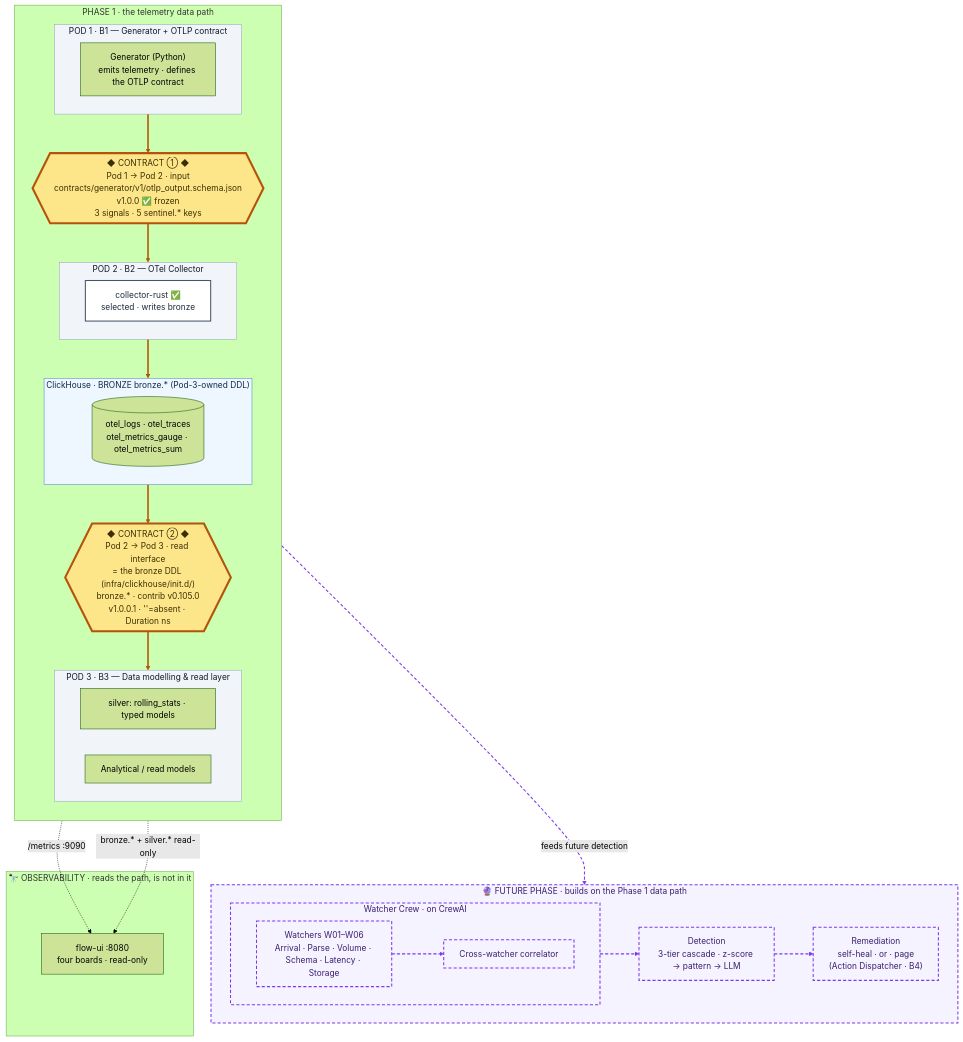
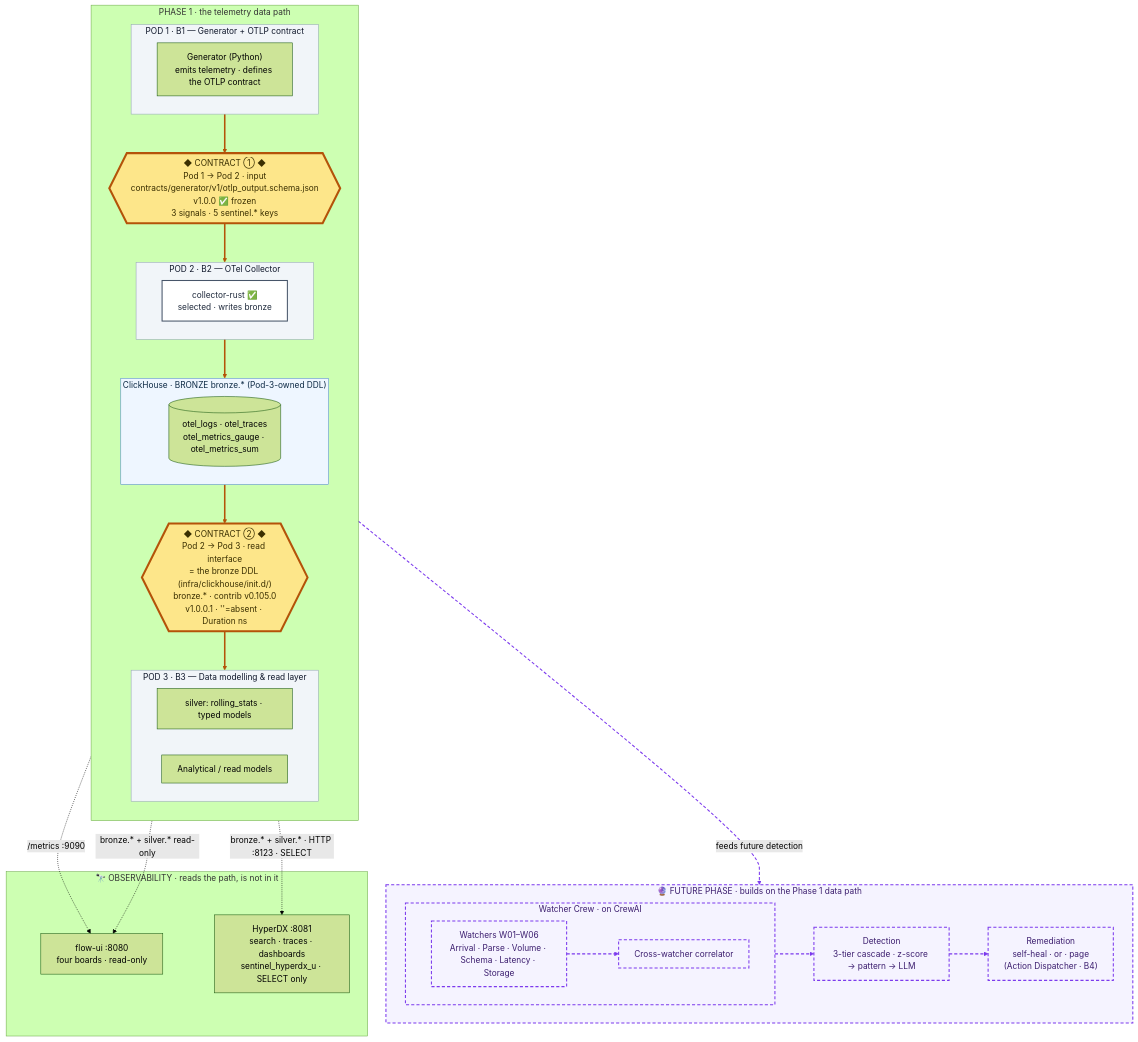
The diagram in README.md (luanmorenommaciel/sentinel), drawn with Mermaid (forest theme) before and after one commit. The commit also changed other lines of this file and 12 other files, not shown here.

First line of the commit message:
feat(hyperdx): add HyperDX as a read-layer UI wired directly to ClickHouse

````diff
--- a/README.md
+++ b/README.md
@@ -14,64 +14,66 @@
 ```mermaid
 flowchart TB
     subgraph PHASE1["PHASE 1 · the telemetry data path"]
         direction TB
         subgraph POD1["POD 1 · B1 — Generator + OTLP contract"]
             GEN["Generator (Python)<br/>emits telemetry · defines the OTLP contract"]
         end
 
         C1{{"◆ CONTRACT ① ◆<br/>Pod 1 → Pod 2 · input<br/>contracts/generator/v1/otlp_output.schema.json<br/>v1.0.0 ✅ frozen<br/>3 signals · 5 sentinel.* keys"}}
 
         subgraph POD2["POD 2 · B2 — OTel Collector"]
             CRUST["collector-rust ✅<br/>selected · writes bronze"]
         end
 
         subgraph STORE["ClickHouse · BRONZE bronze.* (Pod-3-owned DDL)"]
             direction LR
             RAW[("otel_logs · otel_traces<br/>otel_metrics_gauge · otel_metrics_sum")]
         end
 
         C2{{"◆ CONTRACT ② ◆<br/>Pod 2 → Pod 3 · read interface<br/>= the bronze DDL (infra/clickhouse/init.d/)<br/>bronze.* · contrib v0.105.0<br/>v1.0.0.1 · ''=absent · Duration ns"}}
 
         subgraph POD3["POD 3 · B3 — Data modelling & read layer"]
             direction LR
             SILVER["silver: rolling_stats · typed models"]
             DM["Analytical / read models"]
         end
 
         POD1 ==> C1 ==> POD2 ==> STORE ==> C2 ==> POD3
     end
 
     subgraph FUTURE["🔮 FUTURE PHASE · builds on the Phase 1 data path"]
         direction LR
         subgraph CREW["Watcher Crew · on CrewAI"]
             direction LR
             WATCH["Watchers W01–W06<br/>Arrival · Parse · Volume · Schema · Latency · Storage"]
             XCORR["Cross-watcher correlator"]
             WATCH --> XCORR
         end
         DETECT["Detection<br/>3-tier cascade · z-score → pattern → LLM"]
         REMED["Remediation<br/>self-heal · or · page<br/>(Action Dispatcher · B4)"]
         CREW --> DETECT --> REMED
     end
 
     POD3 -.->|"feeds future detection"| FUTURE
 
     subgraph OBS["🔭 OBSERVABILITY · reads the path, is not in it"]
         FLOW["flow-ui :8080<br/>four boards · read-only"]
+        HDX["HyperDX :8081<br/>search · traces · dashboards<br/>sentinel_hyperdx_u · SELECT only"]
     end
     POD2 -. "/metrics :9090" .-> FLOW
     STORE -. "bronze.* + silver.* read-only" .-> FLOW
+    STORE -. "bronze.* + silver.* · HTTP :8123 · SELECT" .-> HDX
 
     classDef contract fill:#fde68a,stroke:#b45309,stroke-width:4px,color:#3a2f00;
     classDef zone fill:#f1f5f9,stroke:#94a3b8,color:#0f172a;
     classDef store fill:#eef6ff,stroke:#4a86c5,color:#0d2a45;
     classDef refimpl fill:#ffffff,stroke:#475569,stroke-width:2px,color:#1e293b;
     classDef future fill:#f5f3ff,stroke:#7c3aed,stroke-width:2px,stroke-dasharray:6 4,color:#3b1d6e;
     class C1,C2 contract;
     class POD1,POD2,POD3 zone;
     class STORE store;
     class CRUST refimpl;
     class FUTURE,CREW,WATCH,XCORR,DETECT,REMED future;
     linkStyle 0,1,2,3,4 stroke:#b45309,stroke-width:3px;
     linkStyle 5,6,7,8 stroke:#7c3aed,stroke-width:2px,stroke-dasharray:6 4;
 ```
````
